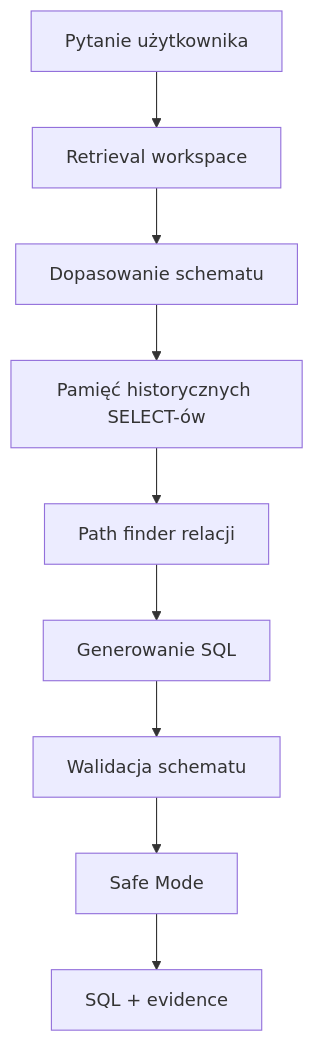
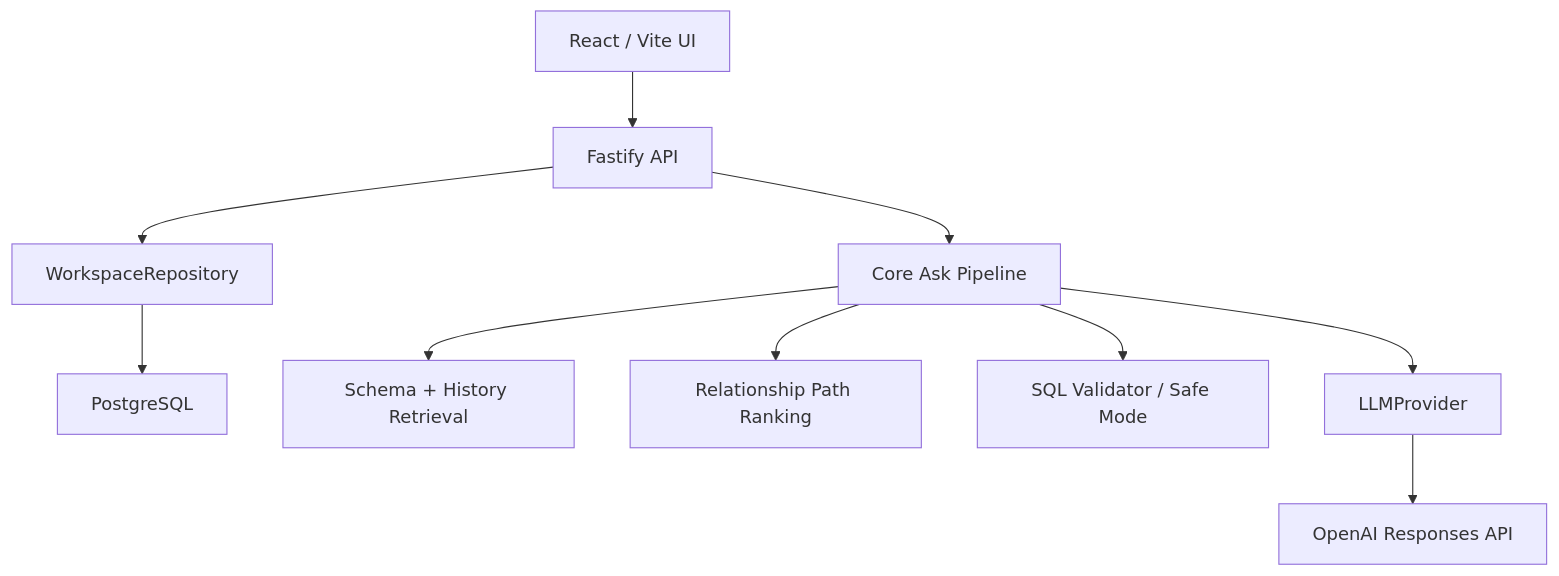
The diagram in README.md (milekv/ask-database), drawn with Mermaid before and after one commit. The commit also changed other lines of this file and 52 other files, not shown here.

````diff
--- a/README.md
+++ b/README.md
@@ -47,11 +148,12 @@
 ```mermaid
 flowchart TD
-  A["Pytanie użytkownika"] --> B["Retrieval workspace"]
-  B --> C["Dopasowanie schematu"]
-  C --> D["Pamięć historycznych SELECT-ów"]
-  D --> E["Path finder relacji"]
-  E --> F["Generowanie SQL"]
-  F --> G["Walidacja schematu"]
-  G --> H["Safe Mode"]
-  H --> I["SQL + evidence"]
+  Web["React / Vite UI"] --> Api["Fastify API"]
+  Api --> Repo["WorkspaceRepository"]
+  Repo --> Pg["PostgreSQL"]
+  Api --> Core["Core Ask Pipeline"]
+  Core --> Retriever["Schema + History Retrieval"]
+  Core --> Paths["Relationship Path Ranking"]
+  Core --> Validator["SQL Validator / Safe Mode"]
+  Core --> Provider["LLMProvider"]
+  Provider --> OpenAI["OpenAI Responses API"]
 ```
````
